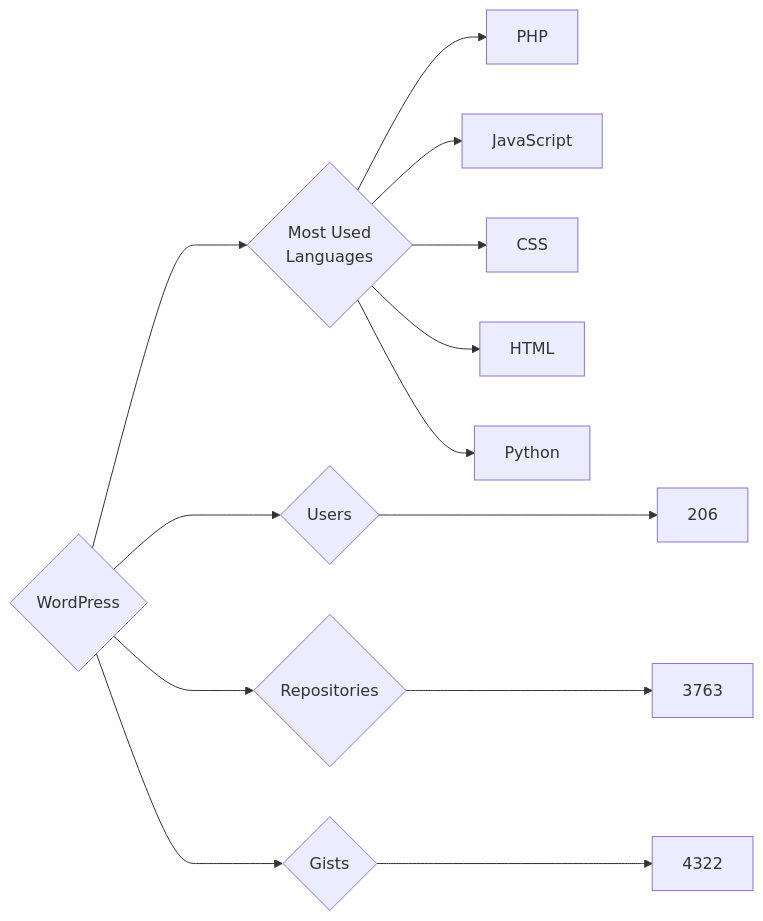
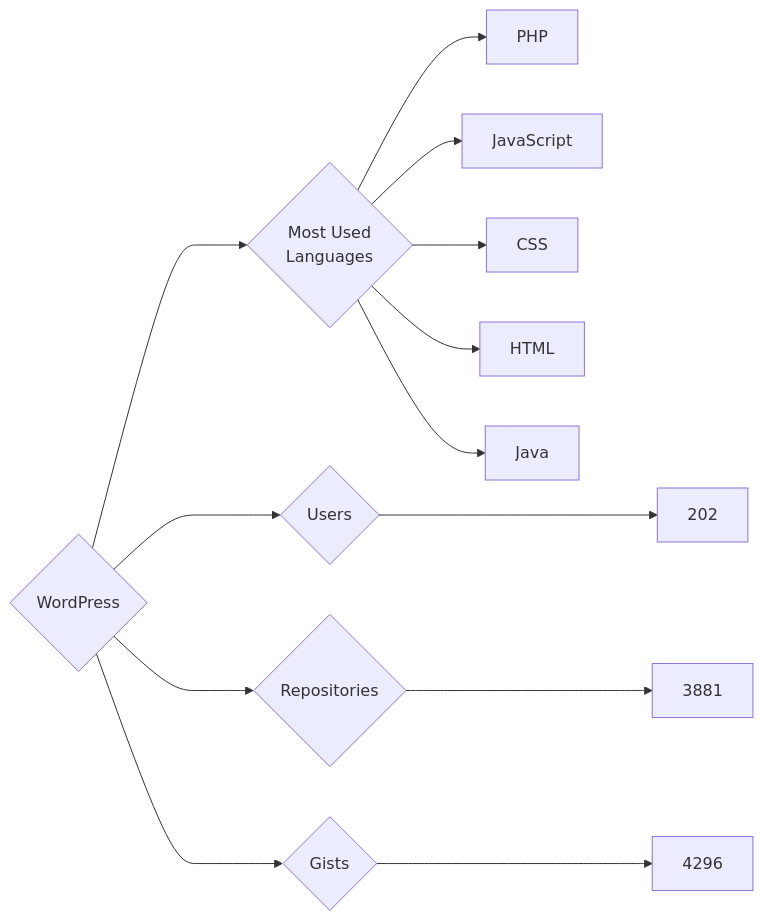
The diagram in targets/WordPress/README.md (trickest/insiders), drawn with Mermaid before and after one commit. The commit also changed 955 other files, not shown here.

````diff
--- a/targets/WordPress/README.md
+++ b/targets/WordPress/README.md
@@ -3,13 +3,13 @@
 ```mermaid
 graph LR
 COMPANY_NAME{WordPress}
-COMPANY_NAME ---> U{Users} ---> UN[206]
-COMPANY_NAME ---> R{Repositories} ---> RN[3763]
-COMPANY_NAME ---> G{Gists} ---> GN[4322]
+COMPANY_NAME ---> U{Users} ---> UN[202]
+COMPANY_NAME ---> R{Repositories} ---> RN[3881]
+COMPANY_NAME ---> G{Gists} ---> GN[4296]
 COMPANY_NAME ---> ML{Most Used<br>Languages}
 ML --> PHP[PHP]
 ML --> JavaScript[JavaScript]
 ML --> CSS[CSS]
 ML --> HTML[HTML]
-ML --> Python[Python]
+ML --> Java[Java]
 ```
````
